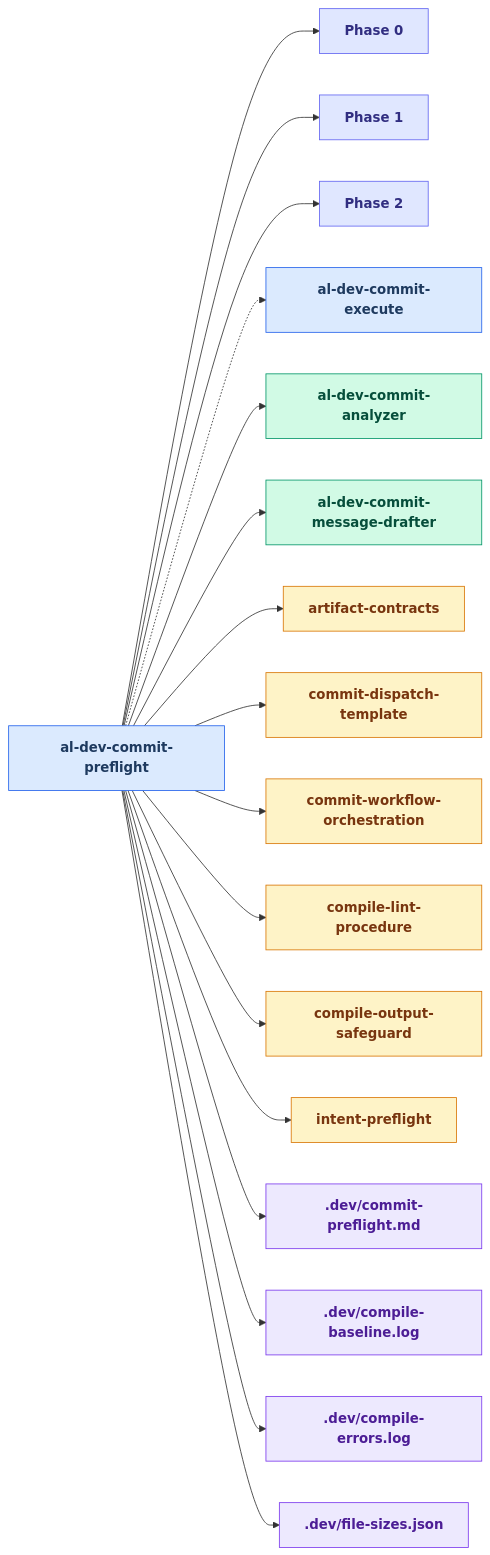
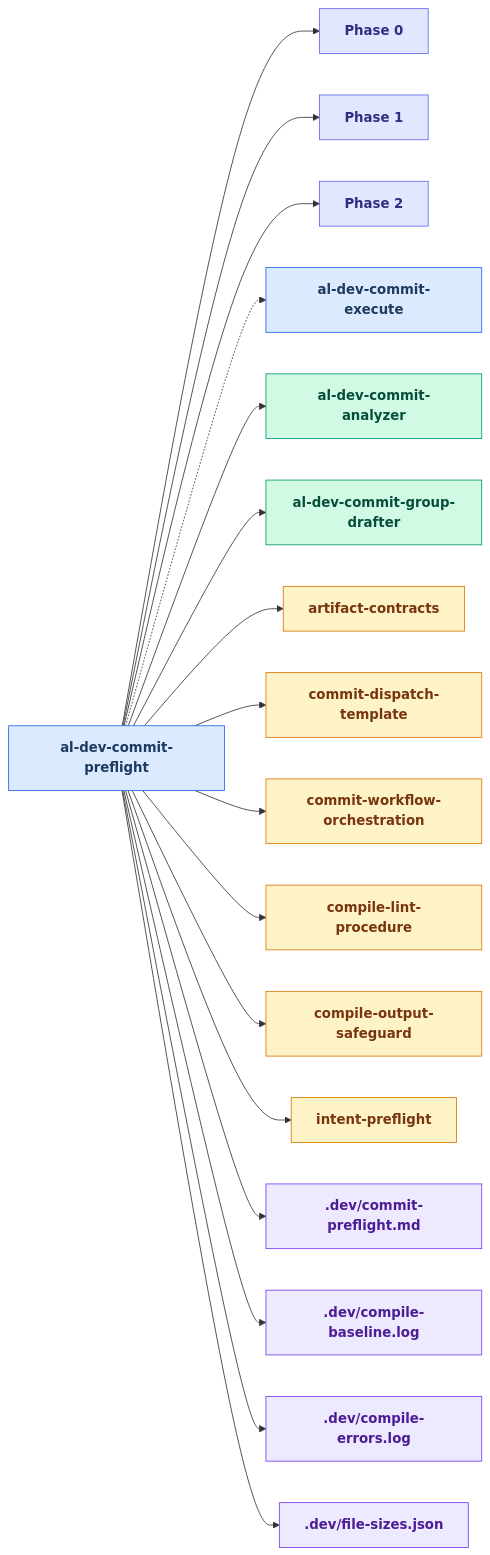
One commit to russell-laing/al-dev-shared changed diagram 15 of 25 in docs/al-dev-skills-map.md. Above: the diagram before and after it, drawn with Mermaid. The commit also changed other lines of this file and 10 other files, not shown here.

Commit message:
refactor(agent): rename al-dev-commit-message-drafter to al-dev-commit-group-drafter (#877)

````diff
--- a/docs/al-dev-skills-map.md
+++ b/docs/al-dev-skills-map.md
@@ -738,61 +738,61 @@
 ```mermaid
 flowchart LR
     classDef skillNode fill:#dbeafe,stroke:#2563eb,color:#1e3a5f,font-weight:bold
     classDef agentNode fill:#d1fae5,stroke:#059669,color:#064e3b,font-weight:bold
     classDef knowledgeNode fill:#fef3c7,stroke:#d97706,color:#78350f,font-weight:bold
     classDef artifactNode fill:#ede9fe,stroke:#7c3aed,color:#4c1d95,font-weight:bold
     classDef phaseNode fill:#e0e7ff,stroke:#6366f1,color:#312e81,font-weight:bold
 
     skill_al_dev_commit_preflight[al-dev-commit-preflight]
     Phase0["Phase 0"]
     Phase1["Phase 1"]
     Phase2["Phase 2"]
     skill_al_dev_commit_execute[al-dev-commit-execute]
     agent_al_dev_commit_analyzer[al-dev-commit-analyzer]
-    agent_al_dev_commit_message_drafter[al-dev-commit-message-drafter]
+    agent_al_dev_commit_group_drafter[al-dev-commit-group-drafter]
     knowledge_artifact_contracts_md[artifact-contracts]
     knowledge_commit_dispatch_template_md[commit-dispatch-template]
     knowledge_commit_workflow_orchestration_md[commit-workflow-orchestration]
     knowledge_compile_lint_procedure_md[compile-lint-procedure]
     knowledge_compile_output_safeguard_md[compile-output-safeguard]
     knowledge_intent_preflight_md[intent-preflight]
     artifact_commit_preflight_md[.dev/commit-preflight.md]
     artifact_compile_baseline_log[.dev/compile-baseline.log]
     artifact_compile_errors_log[.dev/compile-errors.log]
     artifact_file_sizes_json[.dev/file-sizes.json]
 
     skill_al_dev_commit_preflight --> Phase0
     skill_al_dev_commit_preflight --> Phase1
     skill_al_dev_commit_preflight --> Phase2
     skill_al_dev_commit_preflight -.-> skill_al_dev_commit_execute
     skill_al_dev_commit_preflight --> agent_al_dev_commit_analyzer
-    skill_al_dev_commit_preflight --> agent_al_dev_commit_message_drafter
+    skill_al_dev_commit_preflight --> agent_al_dev_commit_group_drafter
     skill_al_dev_commit_preflight --> knowledge_artifact_contracts_md
     skill_al_dev_commit_preflight --> knowledge_commit_dispatch_template_md
     skill_al_dev_commit_preflight --> knowledge_commit_workflow_orchestration_md
     skill_al_dev_commit_preflight --> knowledge_compile_lint_procedure_md
     skill_al_dev_commit_preflight --> knowledge_compile_output_safeguard_md
     skill_al_dev_commit_preflight --> knowledge_intent_preflight_md
     skill_al_dev_commit_preflight --> artifact_commit_preflight_md
     skill_al_dev_commit_preflight --> artifact_compile_baseline_log
     skill_al_dev_commit_preflight --> artifact_compile_errors_log
     skill_al_dev_commit_preflight --> artifact_file_sizes_json
 
     class skill_al_dev_commit_preflight skillNode
     class Phase0 phaseNode
     class Phase1 phaseNode
     class Phase2 phaseNode
     class skill_al_dev_commit_execute skillNode
     class agent_al_dev_commit_analyzer agentNode
-    class agent_al_dev_commit_message_drafter agentNode
+    class agent_al_dev_commit_group_drafter agentNode
     class knowledge_artifact_contracts_md knowledgeNode
     class knowledge_commit_dispatch_template_md knowledgeNode
     class knowledge_commit_workflow_orchestration_md knowledgeNode
     class knowledge_compile_lint_procedure_md knowledgeNode
     class knowledge_compile_output_safeguard_md knowledgeNode
     class knowledge_intent_preflight_md knowledgeNode
     class artifact_commit_preflight_md artifactNode
     class artifact_compile_baseline_log artifactNode
     class artifact_compile_errors_log artifactNode
     class artifact_file_sizes_json artifactNode
 ```
````
